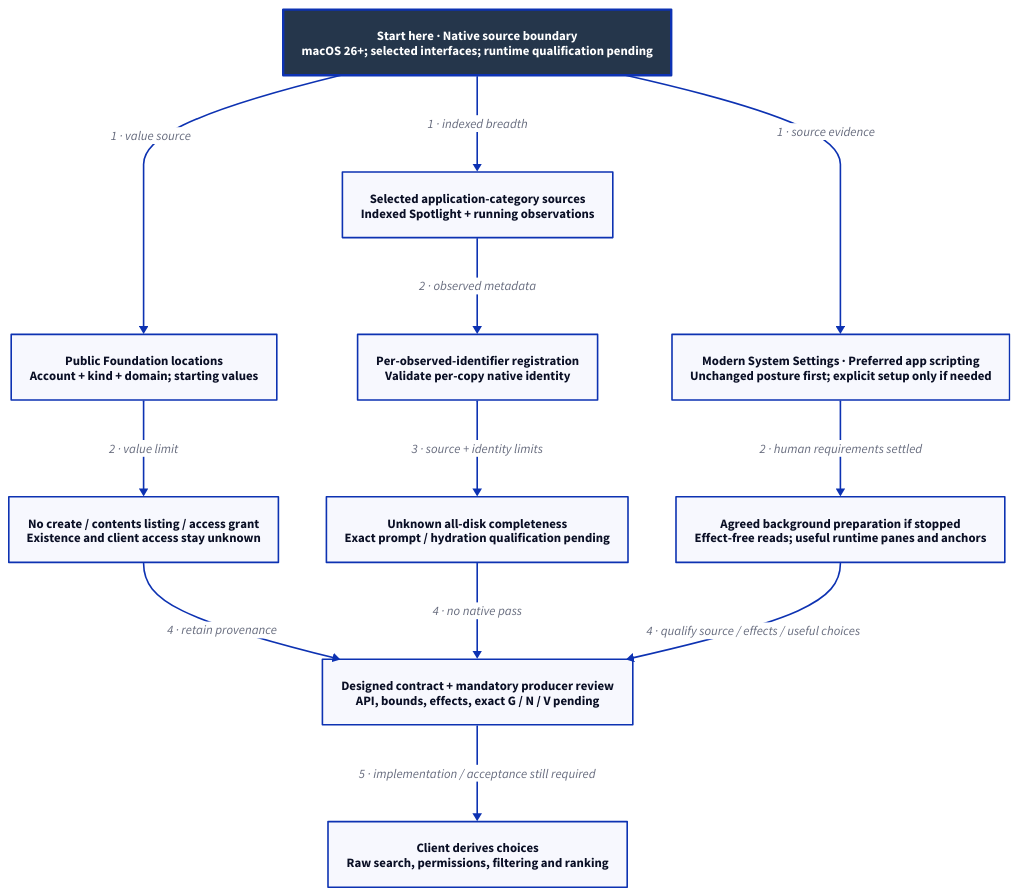
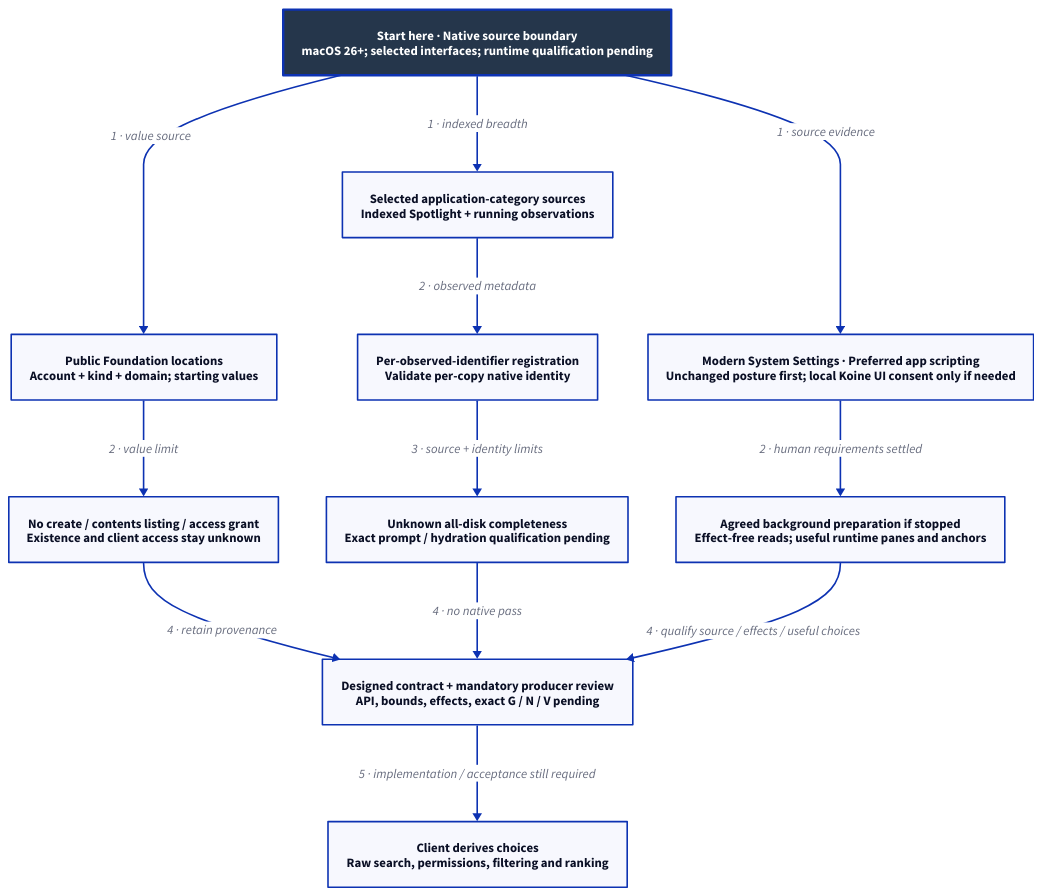
The diagram in docs/design/architecture/native-discovery-sources.d2 (Linkuistics/Koine), drawn with D2 before and after one commit. The commit also changed 116 other files, not shown here.

```diff
--- a/docs/design/architecture/native-discovery-sources.d2
+++ b/docs/design/architecture/native-discovery-sources.d2
@@ -1,26 +1,26 @@
 # Bounded source analysis and agreed settings route; no qualified runtime backend.
 direction: down
 classes: {
   start: {style: {fill: "#25364B"; font-color: "#FFFFFF"; bold: true; stroke-width: 3}}
 }
 Start: "Start here · Native source boundary\nmacOS 26+; selected interfaces; runtime qualification pending" {class: start}
 Locations: "Public Foundation locations\nAccount + kind + domain; starting values"
 LocationLimit: "No create / contents listing / access grant\nExistence and client access stay unknown"
 Apps: "Selected application-category sources\nIndexed Spotlight + running observations"
 Copies: "Per-observed-identifier registration\nValidate per-copy native identity"
 AppLimit: "Unknown all-disk completeness\nExact prompt / hydration qualification pending"
-Settings: "Modern System Settings · Preferred app scripting\nUnchanged posture first; explicit setup only if needed"
+Settings: "Modern System Settings · Preferred app scripting\nUnchanged posture first; local Koine UI consent only if needed"
 Choice: "Agreed background preparation if stopped\nEffect-free reads; useful runtime panes and anchors"
 Contract: "Designed contract + mandatory producer review\nAPI, bounds, effects, exact G / N / V pending"
 Client: "Client derives choices\nRaw search, permissions, filtering and ranking"
 Start -> Locations: "1 · value source"
 Locations -> LocationLimit: "2 · value limit"
 Start -> Apps: "1 · indexed breadth"
 Apps -> Copies: "2 · observed metadata"
 Copies -> AppLimit: "3 · source + identity limits"
 Start -> Settings: "1 · source evidence"
 Settings -> Choice: "2 · human requirements settled"
 LocationLimit -> Contract: "4 · retain provenance"
 AppLimit -> Contract: "4 · no native pass"
 Choice -> Contract: "4 · qualify source / effects / useful choices"
 Contract -> Client: "5 · implementation / acceptance still required"
```
